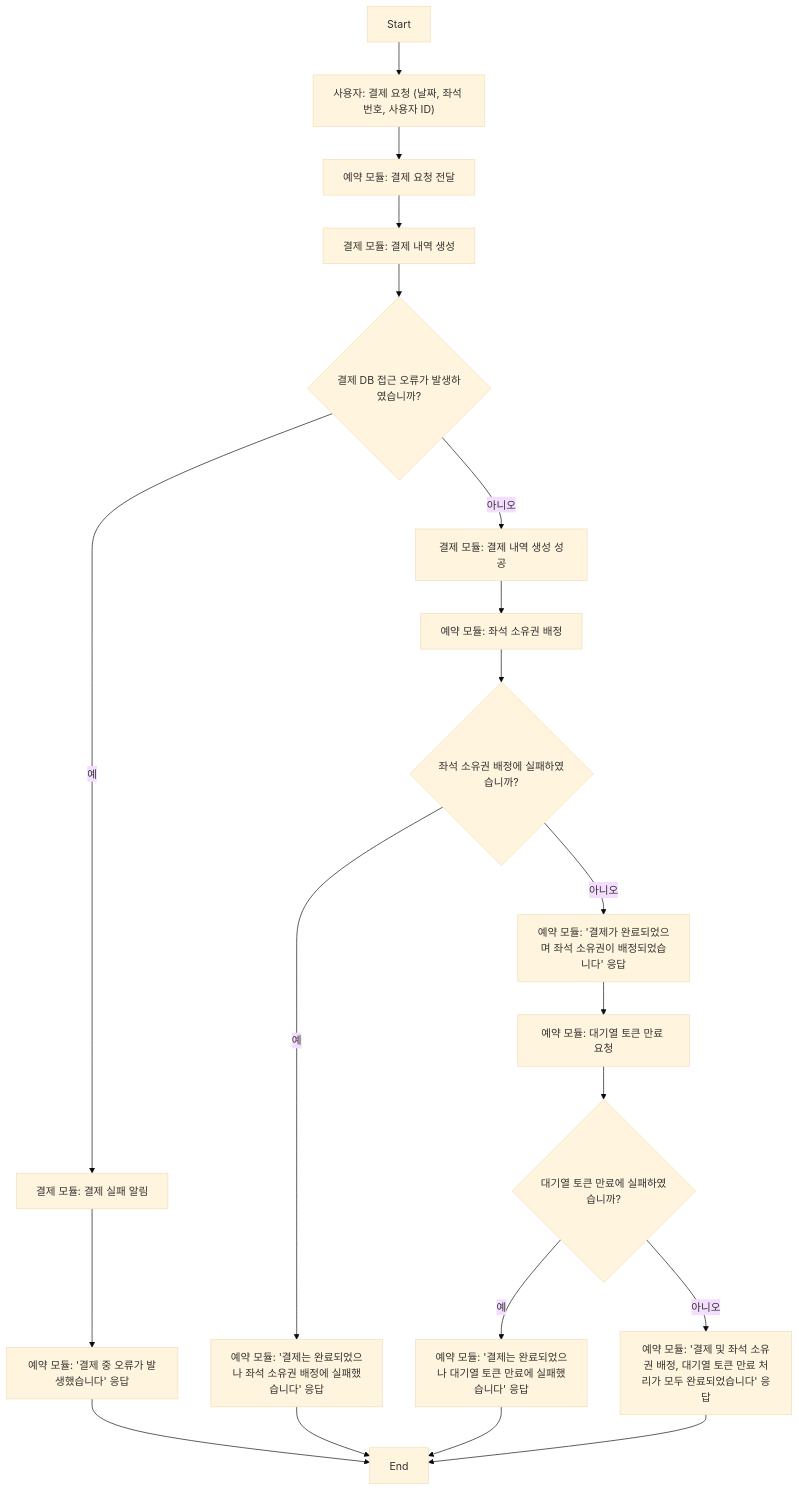
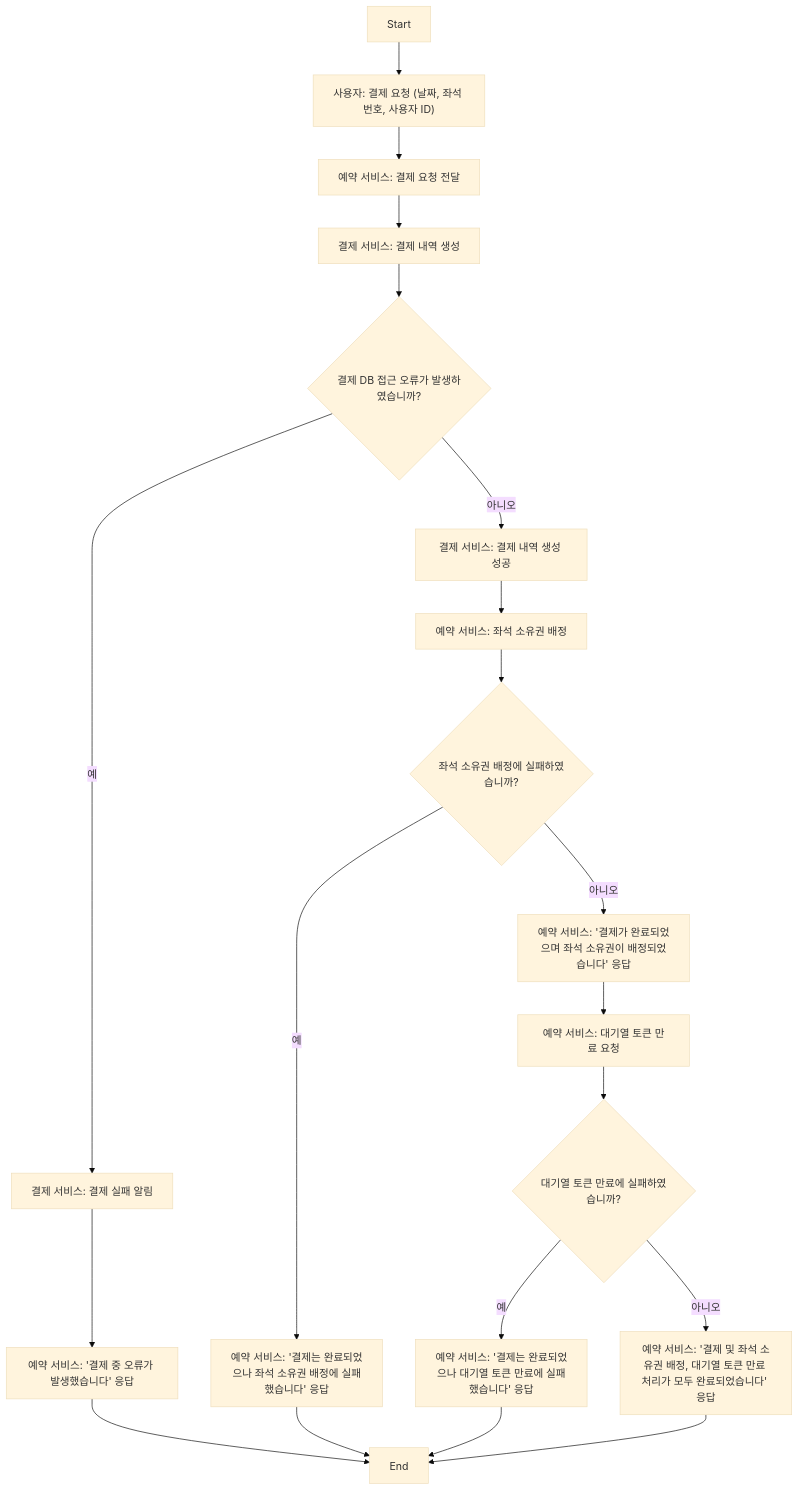
Diagram 14 of 14 in README.md (SooLee99/hhplus-concert-reservation-service), drawn with Mermaid (base theme) before and after one commit. The commit also changed other lines of this file, not shown here.

````diff
--- a/README.md
+++ b/README.md
@@ -596,38 +596,38 @@
 ```mermaid
 flowchart TD
     %% 노드 정의
     Start["Start"]
     A_RequestPayment["사용자: 결제 요청 (날짜, 좌석 번호, 사용자 ID)"]
-    B_PaymentRequest["예약 모듈: 결제 요청 전달"]
-    C_CreatePaymentRecord["결제 모듈: 결제 내역 생성"]
+    B_PaymentRequest["예약 서비스: 결제 요청 전달"]
+    C_CreatePaymentRecord["결제 서비스: 결제 내역 생성"]
     D_PaymentDBError{"결제 DB 접근 오류가 발생하였습니까?"}
-    E_PaymentFail["결제 모듈: 결제 실패 알림"]
-    F_PaymentSuccess["결제 모듈: 결제 내역 생성 성공"]
-    G_PaymentFailResponse["예약 모듈: '결제 중 오류가 발생했습니다' 응답"]
-    H_AssignSeatOwnership["예약 모듈: 좌석 소유권 배정"]
+    E_PaymentFail["결제 서비스: 결제 실패 알림"]
+    F_PaymentSuccess["결제 서비스: 결제 내역 생성 성공"]
+    G_PaymentFailResponse["예약 서비스: '결제 중 오류가 발생했습니다' 응답"]
+    H_AssignSeatOwnership["예약 서비스: 좌석 소유권 배정"]
     I_SeatAssignmentError{"좌석 소유권 배정에 실패하였습니까?"}
-    J_SeatAssignmentFail["예약 모듈: '결제는 완료되었으나 좌석 소유권 배정에 실패했습니다' 응답"]
-    K_SeatAssignmentSuccess["예약 모듈: '결제가 완료되었으며 좌석 소유권이 배정되었습니다' 응답"]
-    L_ExpireQueueToken["예약 모듈: 대기열 토큰 만료 요청"]
+    J_SeatAssignmentFail["예약 서비스: '결제는 완료되었으나 좌석 소유권 배정에 실패했습니다' 응답"]
+    K_SeatAssignmentSuccess["예약 서비스: '결제가 완료되었으며 좌석 소유권이 배정되었습니다' 응답"]
+    L_ExpireQueueToken["예약 서비스: 대기열 토큰 만료 요청"]
     M_QueueTokenExpireError{"대기열 토큰 만료에 실패하였습니까?"}
-    N_QueueTokenExpireFail["예약 모듈: '결제는 완료되었으나 대기열 토큰 만료에 실패했습니다' 응답"]
-    O_QueueTokenExpireSuccess["예약 모듈: '결제 및 좌석 소유권 배정, 대기열 토큰 만료 처리가 모두 완료되었습니다' 응답"]
+    N_QueueTokenExpireFail["예약 서비스: '결제는 완료되었으나 대기열 토큰 만료에 실패했습니다' 응답"]
+    O_QueueTokenExpireSuccess["예약 서비스: '결제 및 좌석 소유권 배정, 대기열 토큰 만료 처리가 모두 완료되었습니다' 응답"]
     End["End"]
     
     %% 흐름 연결
     Start --> A_RequestPayment
     A_RequestPayment --> B_PaymentRequest
     B_PaymentRequest --> C_CreatePaymentRecord
     C_CreatePaymentRecord --> D_PaymentDBError
 
     D_PaymentDBError -- "예" --> E_PaymentFail --> G_PaymentFailResponse --> End
     D_PaymentDBError -- "아니오" --> F_PaymentSuccess --> H_AssignSeatOwnership
     H_AssignSeatOwnership --> I_SeatAssignmentError
 
     I_SeatAssignmentError -- "예" --> J_SeatAssignmentFail --> End
     I_SeatAssignmentError -- "아니오" --> K_SeatAssignmentSuccess --> L_ExpireQueueToken
     L_ExpireQueueToken --> M_QueueTokenExpireError
 
     M_QueueTokenExpireError -- "예" --> N_QueueTokenExpireFail --> End
     M_QueueTokenExpireError -- "아니오" --> O_QueueTokenExpireSuccess --> End
 ```
````
